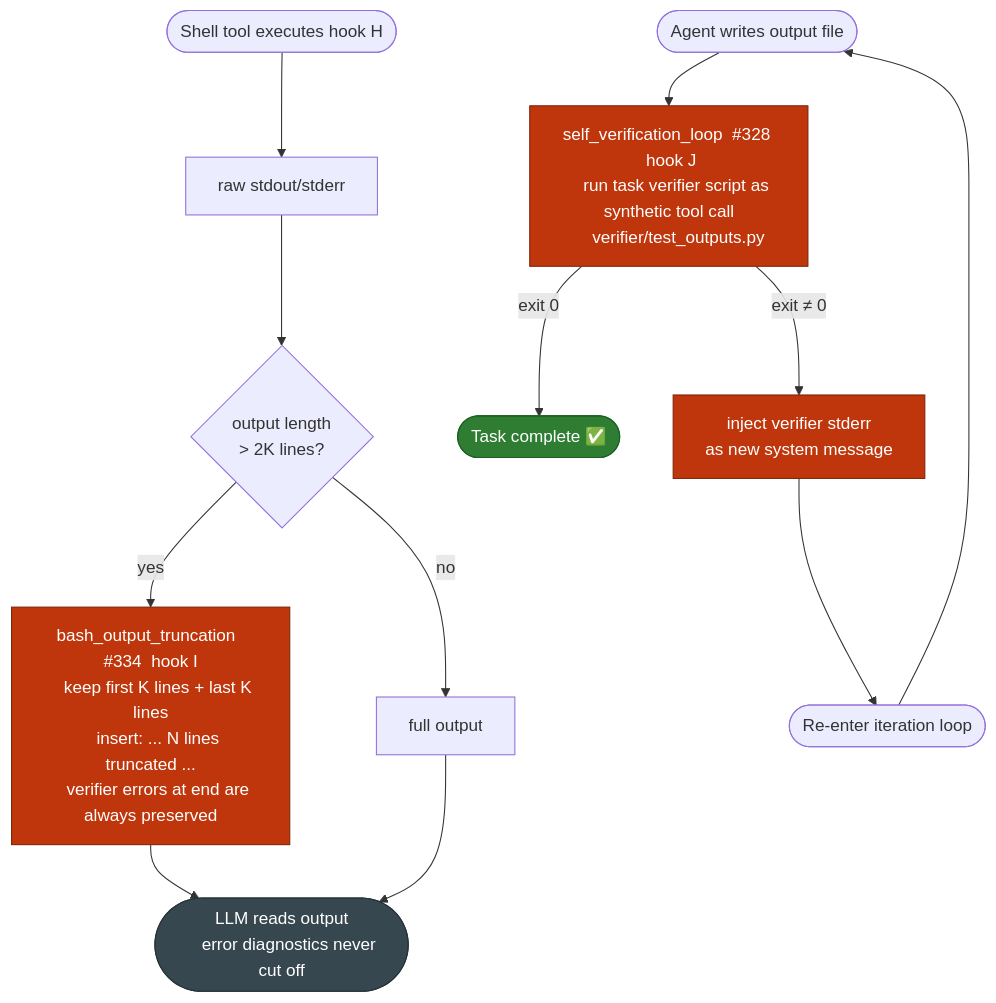
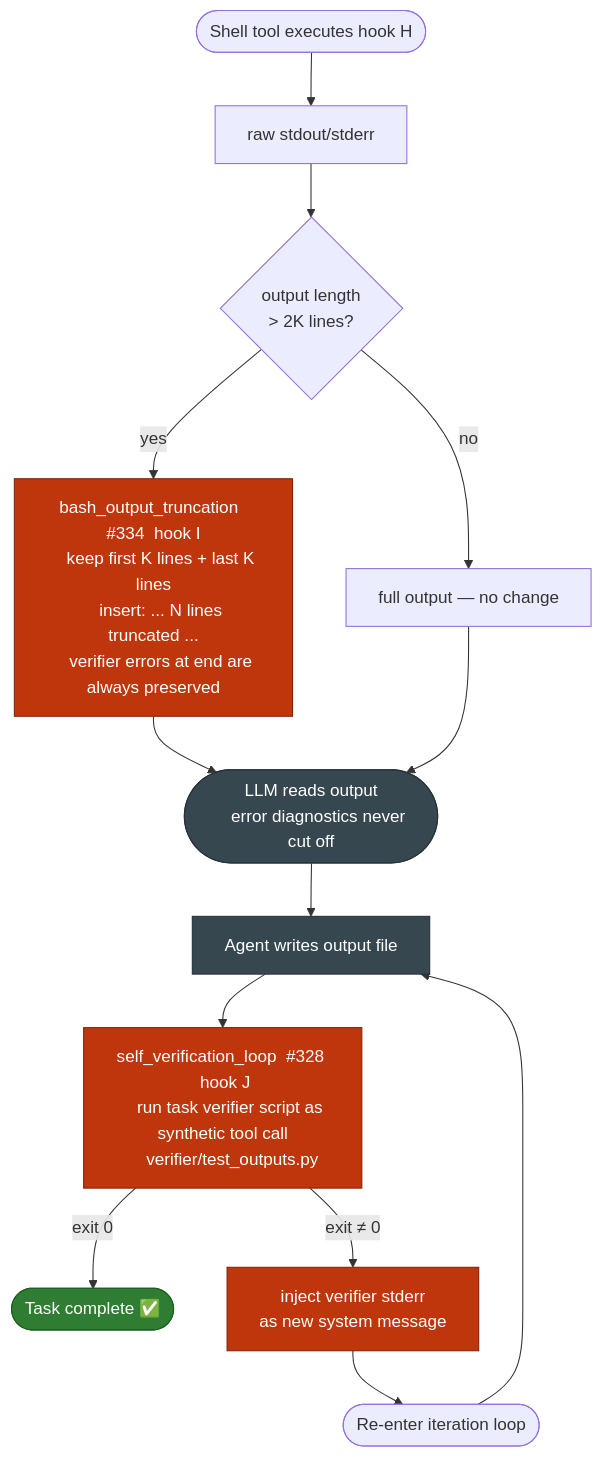
One commit to michaelatamuk/openjiuwen-jiuwenswarm changed the seventh of 8 diagrams in docs-michael/Implementation.Overview.md. Above: the diagram before and after it, drawn with Mermaid. The commit also changed other lines of this file, not shown here.

````diff
--- a/docs-michael/Implementation.Overview.md
+++ b/docs-michael/Implementation.Overview.md
@@ -577,37 +725,37 @@
 ```mermaid
 flowchart TD
     classDef post fill:#BF360C,color:#fff,stroke:#7f2407
     classDef done fill:#2E7D32,color:#fff,stroke:#1B5E20
     classDef io   fill:#37474F,color:#fff,stroke:#263238
 
     SHELL(["Shell tool executes  hook H"])
 
     SHELL --> RAW["raw stdout/stderr"]
 
     RAW --> LEN{"output length
     > 2K lines?"}
 
     LEN -->|"yes"| HT["bash_output_truncation  #334  hook I
     keep first K lines + last K lines
     insert: ... N lines truncated ...
     verifier errors at end are always preserved"]:::post
 
-    LEN -->|"no"| FULL["full output"]
+    LEN -->|"no"| FULL["full output — no change"]
 
     HT & FULL --> LLM_READ(["LLM reads output
     error diagnostics never cut off"]):::io
 
-    AGENT(["Agent writes output file"])
+    LLM_READ --> AGENT["Agent writes output file"]:::io
 
     AGENT --> SV["self_verification_loop  #328  hook J
     run task verifier script as synthetic tool call
     verifier/test_outputs.py"]:::post
 
     SV -->|"exit 0"| DONE(["Task complete ✅"]):::done
 
     SV -->|"exit ≠ 0"| REINJ["inject verifier stderr
     as new system message"]:::post
 
     REINJ --> LOOP(["Re-enter iteration loop"])
     LOOP --> AGENT
 ```
````
